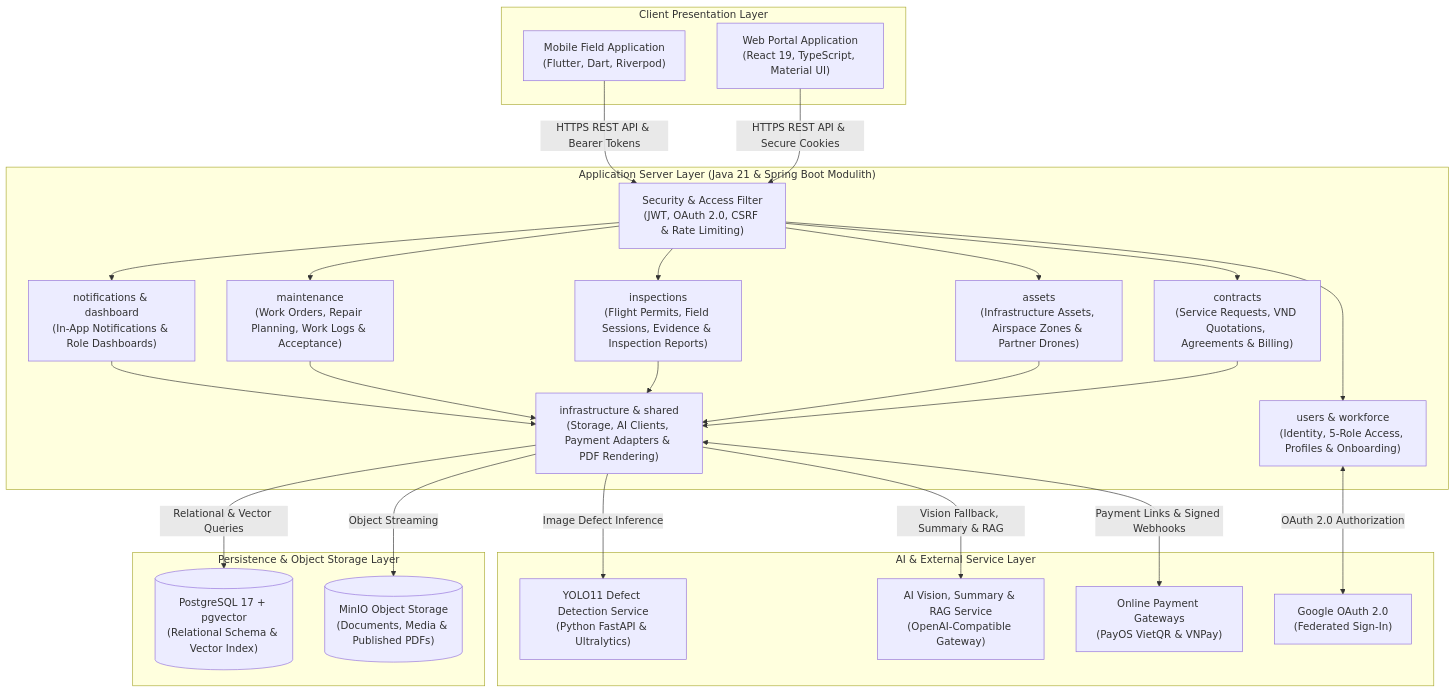
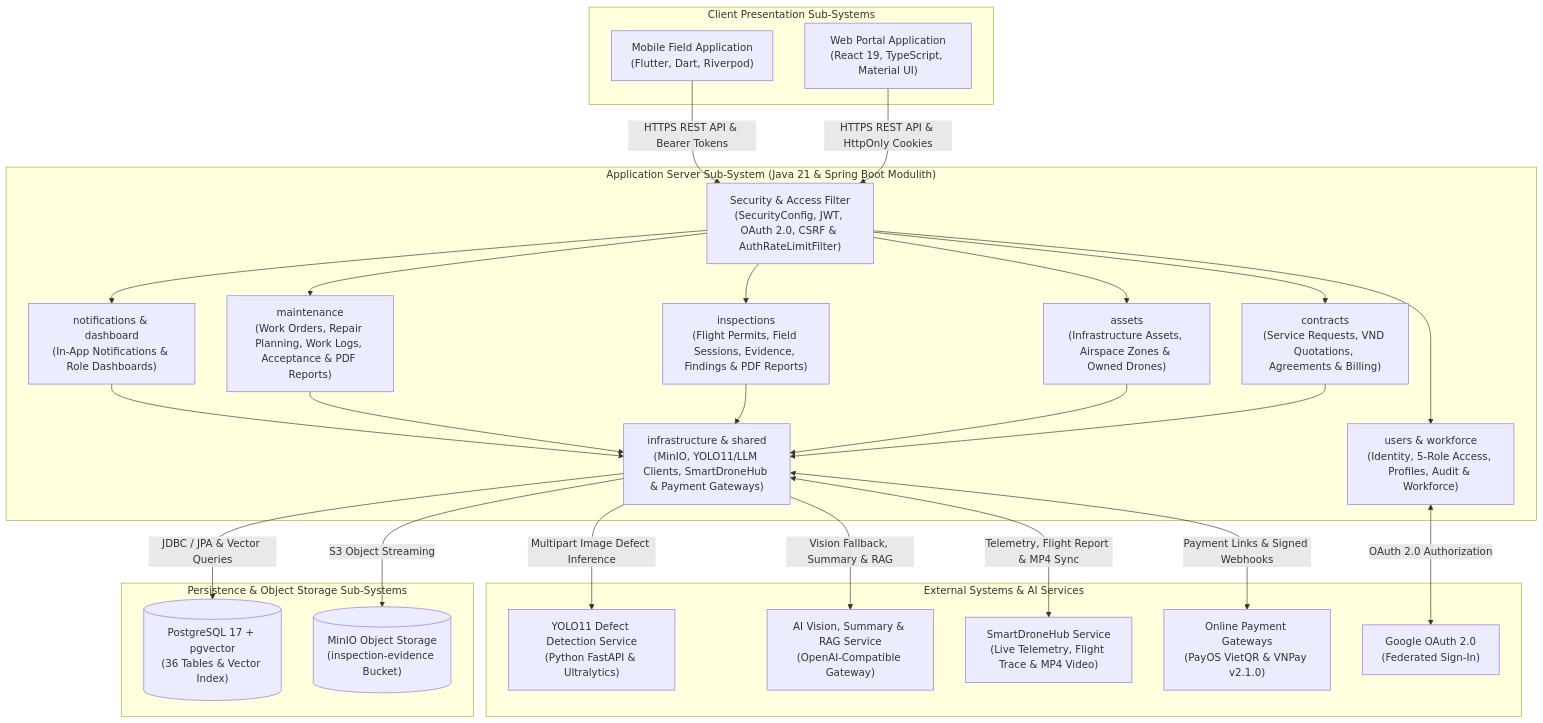
The first of 4 diagrams in reports/report-4-software-design-document/01-system-design.md (tungbach12/SmartDroneInspection-Docs), drawn with Mermaid before and after one commit. The commit also changed other lines of this file and 132 other files, not shown here.

First line of the commit message:
docs(reports): align Report 4 SDD and Report 5 test suite with V1-V28 codebase (#89)

````diff
--- a/reports/report-4-software-design-document/01-system-design.md
+++ b/reports/report-4-software-design-document/01-system-design.md
@@ -16,54 +16,56 @@
 ```mermaid
 %% title: System Architecture Diagram
 flowchart TD
-  subgraph Clients["Client Presentation Layer"]
+  subgraph Clients["Client Presentation Sub-Systems"]
     CLIENT_WEB["Web Portal Application\n(React 19, TypeScript, Material UI)"]
     CLIENT_MOB["Mobile Field Application\n(Flutter, Dart, Riverpod)"]
   end
 
-  subgraph Backend["Application Server Layer (Java 21 & Spring Boot Modulith)"]
-    SEC_FILTER["Security & Access Filter\n(JWT, OAuth 2.0, CSRF & Rate Limiting)"]
-    MOD_USERS["users & workforce\n(Identity, 5-Role Access, Profiles & Onboarding)"]
+  subgraph Backend["Application Server Sub-System (Java 21 & Spring Boot Modulith)"]
+    SEC_FILTER["Security & Access Filter\n(SecurityConfig, JWT, OAuth 2.0, CSRF & AuthRateLimitFilter)"]
+    MOD_USERS["users & workforce\n(Identity, 5-Role Access, Profiles, Audit & Workforce)"]
     MOD_CONTRACTS["contracts\n(Service Requests, VND Quotations, Agreements & Billing)"]
-    MOD_ASSETS["assets\n(Infrastructure Assets, Airspace Zones & Partner Drones)"]
-    MOD_INSP["inspections\n(Flight Permits, Field Sessions, Evidence & Inspection Reports)"]
-    MOD_MAINT["maintenance\n(Work Orders, Repair Planning, Work Logs & Acceptance)"]
+    MOD_ASSETS["assets\n(Infrastructure Assets, Airspace Zones & Owned Drones)"]
+    MOD_INSP["inspections\n(Flight Permits, Field Sessions, Evidence, Findings & PDF Reports)"]
+    MOD_MAINT["maintenance\n(Work Orders, Repair Planning, Work Logs, Acceptance & PDF Reports)"]
     MOD_NOTIF["notifications & dashboard\n(In-App Notifications & Role Dashboards)"]
-    MOD_INFRA["infrastructure & shared\n(Storage, AI Clients, Payment Adapters & PDF Rendering)"]
+    MOD_INFRA["infrastructure & shared\n(MinIO, YOLO11/LLM Clients, SmartDroneHub & Payment Gateways)"]
   end
 
-  subgraph DataAndStorage["Persistence & Object Storage Layer"]
-    DB_PG[("PostgreSQL 17 + pgvector\n(Relational Schema & Vector Index)")]
-    STORE_MINIO[("MinIO Object Storage\n(Documents, Media & Published PDFs)")]
+  subgraph DataAndStorage["Persistence & Object Storage Sub-Systems"]
+    DB_PG[("PostgreSQL 17 + pgvector\n(36 Tables & Vector Index)")]
+    STORE_MINIO[("MinIO Object Storage\n(inspection-evidence Bucket)")]
   end
 
-  subgraph ExternalAndAI["AI & External Service Layer"]
+  subgraph ExternalAndAI["External Systems & AI Services"]
     AI_SERVICE["YOLO11 Defect Detection Service\n(Python FastAPI & Ultralytics)"]
     LLM_GATEWAY["AI Vision, Summary & RAG Service\n(OpenAI-Compatible Gateway)"]
-    PAY_GATEWAY["Online Payment Gateways\n(PayOS VietQR & VNPay)"]
+    DRONE_HUB["SmartDroneHub Service\n(Live Telemetry, Flight Trace & MP4 Video)"]
+    PAY_GATEWAY["Online Payment Gateways\n(PayOS VietQR & VNPay v2.1.0)"]
     GOOGLE_OAUTH["Google OAuth 2.0\n(Federated Sign-In)"]
   end
 
-  CLIENT_WEB -->|"HTTPS REST API & Secure Cookies"| SEC_FILTER
+  CLIENT_WEB -->|"HTTPS REST API & HttpOnly Cookies"| SEC_FILTER
   CLIENT_MOB -->|"HTTPS REST API & Bearer Tokens"| SEC_FILTER
 
   SEC_FILTER --> MOD_USERS
   SEC_FILTER --> MOD_CONTRACTS
   SEC_FILTER --> MOD_ASSETS
   SEC_FILTER --> MOD_INSP
   SEC_FILTER --> MOD_MAINT
   SEC_FILTER --> MOD_NOTIF
 
   MOD_CONTRACTS --> MOD_INFRA
   MOD_ASSETS --> MOD_INFRA
   MOD_INSP --> MOD_INFRA
   MOD_MAINT --> MOD_INFRA
   MOD_NOTIF --> MOD_INFRA
 
-  MOD_INFRA -->|"Relational & Vector Queries"| DB_PG
-  MOD_INFRA -->|"Object Streaming"| STORE_MINIO
-  MOD_INFRA -->|"Image Defect Inference"| AI_SERVICE
+  MOD_INFRA -->|"JDBC / JPA & Vector Queries"| DB_PG
+  MOD_INFRA -->|"S3 Object Streaming"| STORE_MINIO
+  MOD_INFRA -->|"Multipart Image Defect Inference"| AI_SERVICE
   MOD_INFRA -->|"Vision Fallback, Summary & RAG"| LLM_GATEWAY
+  MOD_INFRA <-->|"Telemetry, Flight Report & MP4 Sync"| DRONE_HUB
   MOD_INFRA <-->|"Payment Links & Signed Webhooks"| PAY_GATEWAY
   MOD_USERS <-->|"OAuth 2.0 Authorization"| GOOGLE_OAUTH
 ```
````
